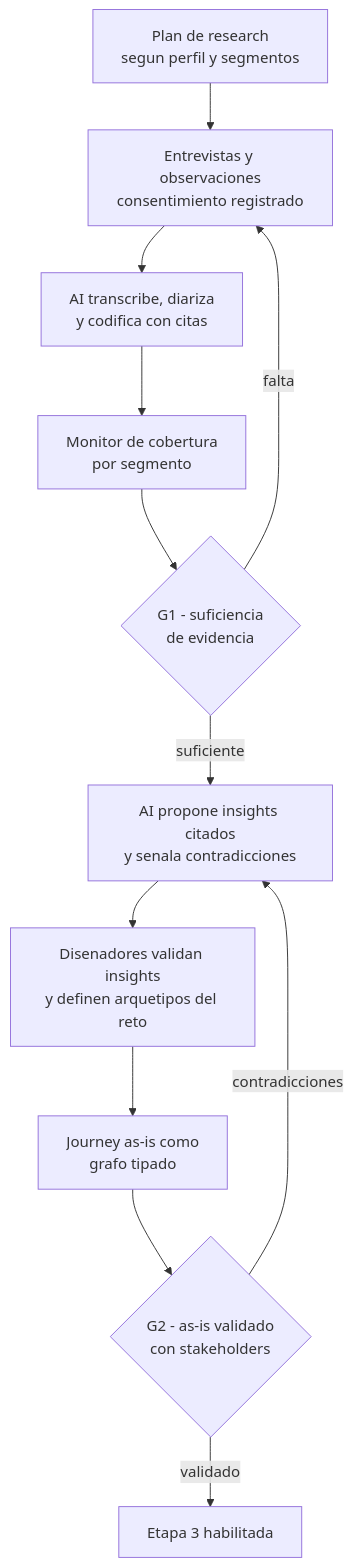
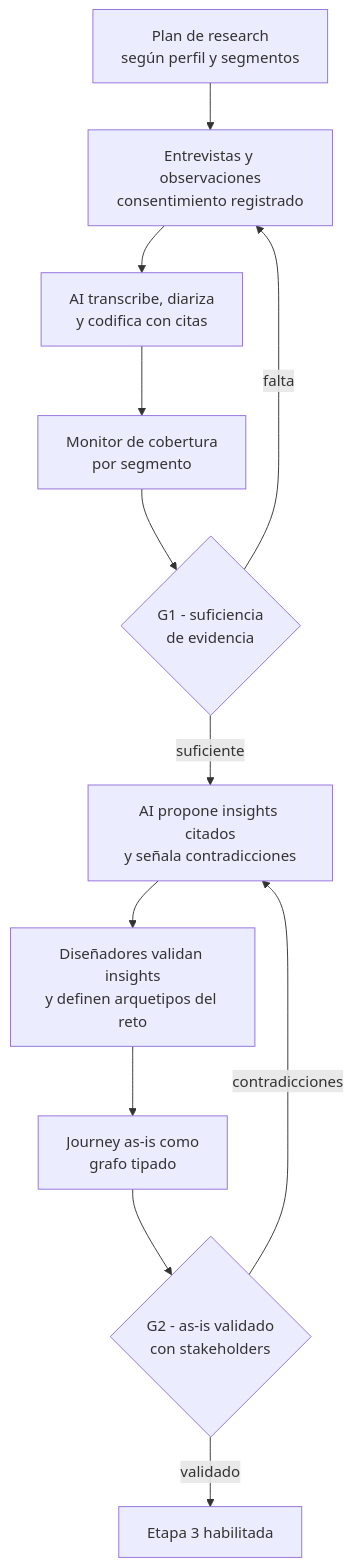
One commit to jtrujillo-ws/designio-app changed the fourth of 9 diagrams in docs/04-journeys/journeys-plataforma.md. Above: the diagram before and after it, drawn with Mermaid. The commit also changed other lines of this file and 4 other files, not shown here.

````diff
--- a/docs/04-journeys/journeys-plataforma.md
+++ b/docs/04-journeys/journeys-plataforma.md
@@ -136,14 +136,14 @@
 ```mermaid
 flowchart TD
-  A["Plan de research<br/>segun perfil y segmentos"] --> B["Entrevistas y observaciones<br/>consentimiento registrado"]
+  A["Plan de research<br/>según perfil y segmentos"] --> B["Entrevistas y observaciones<br/>consentimiento registrado"]
   B --> C["AI transcribe, diariza<br/>y codifica con citas"]
   C --> D["Monitor de cobertura<br/>por segmento"]
   D --> E{"G1 - suficiencia<br/>de evidencia"}
   E -->|falta| B
-  E -->|suficiente| F["AI propone insights citados<br/>y senala contradicciones"]
-  F --> G["Disenadores validan insights<br/>y definen arquetipos del reto"]
+  E -->|suficiente| F["AI propone insights citados<br/>y señala contradicciones"]
+  F --> G["Diseñadores validan insights<br/>y definen arquetipos del reto"]
   G --> H["Journey as-is como<br/>grafo tipado"]
   H --> I{"G2 - as-is validado<br/>con stakeholders"}
   I -->|contradicciones| F
   I -->|validado| J["Etapa 3 habilitada"]
 ```
````
